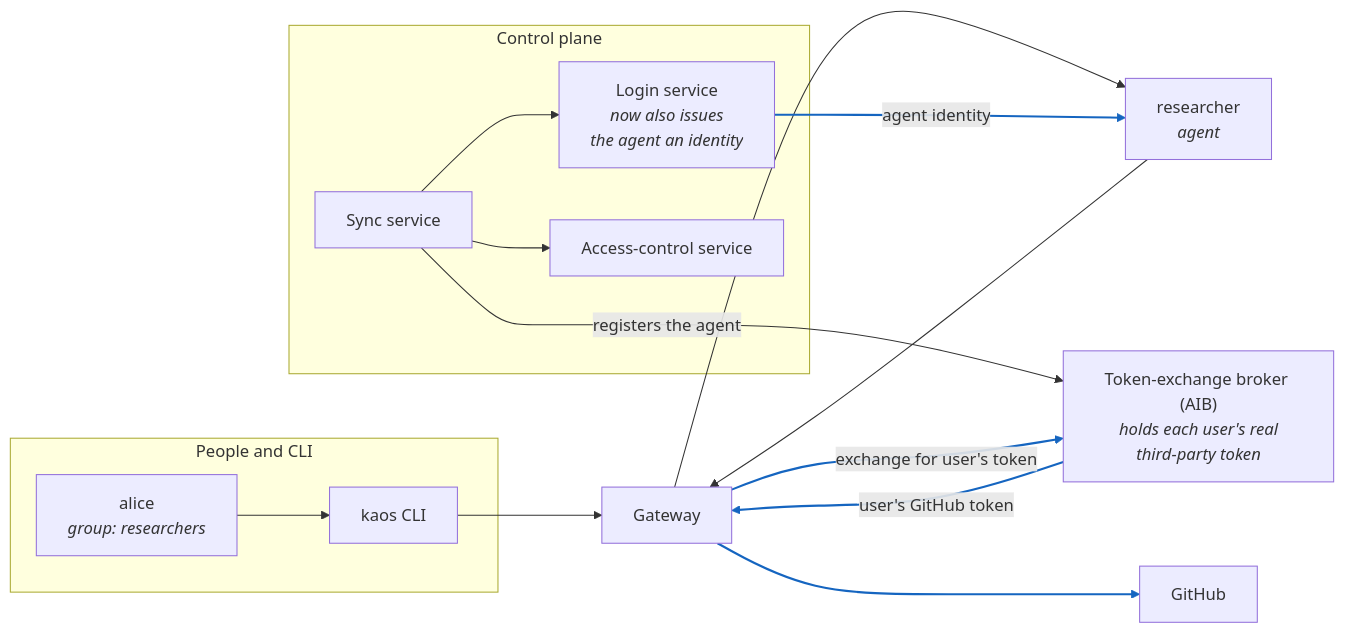
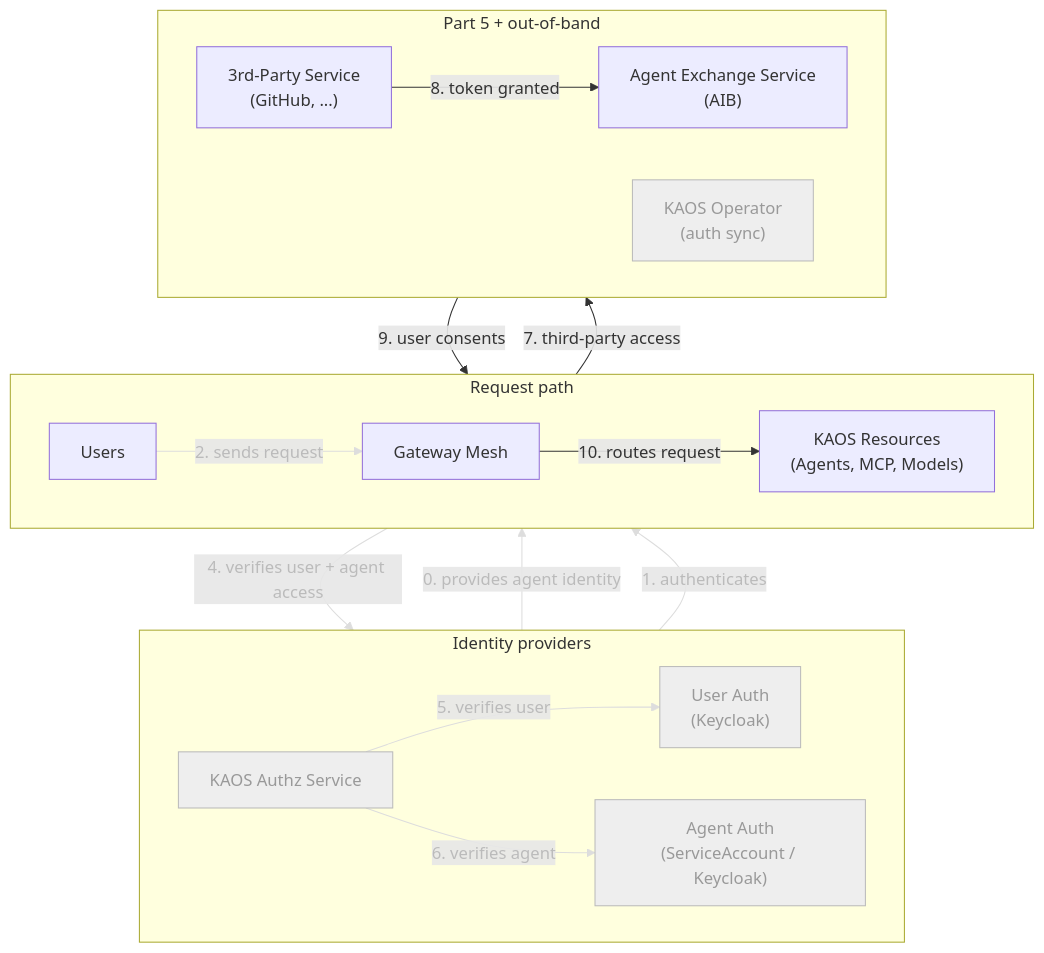
Diagram 12 of 13 in docs/examples/authorization-draft.md (axsaucedo/kaos), drawn with Mermaid before and after one commit. The commit also changed other lines of this file, not shown here.

Commit message:
docs: restructure authorization guide (control-plane diagrams, folded example, Part 5 reframe, naming)

````diff
--- a/docs/examples/authorization-draft.md
+++ b/docs/examples/authorization-draft.md
@@ -751,33 +955,41 @@
 ```mermaid
-flowchart LR
-  subgraph left["People and CLI"]
-    alice["alice<br/><i>group: researchers</i>"]
-    CLI["kaos CLI"]
+flowchart TB
+  subgraph idp["Identity providers"]
+    direction LR
+    UA["User Auth<br/>(Keycloak)"]
+    AZ["KAOS Authz Service"]
+    AA["Agent Auth<br/>(ServiceAccount / Keycloak)"]
   end
-  subgraph control["Control plane"]
-    LOGIN["Login service<br/><i>now also issues<br/>the agent an identity</i>"]
-    AC["Access-control service"]
-    SYNC["Sync service"]
+  subgraph req["Request path"]
+    direction LR
+    U["Users"]
+    GW["Gateway Mesh"]
+    RES["KAOS Resources<br/>(Agents, MCP, Models)"]
   end
-  GW["Gateway"]
-  RES["researcher<br/><i>agent</i>"]
-  BROKER["Token-exchange broker (AIB)<br/><i>holds each user's real<br/>third-party token</i>"]
-  GH["GitHub"]
+  subgraph oob["Part 5 + out-of-band"]
+    direction LR
+    TP["3rd-Party Service<br/>(GitHub, ...)"]
+    AIB["Agent Exchange Service<br/>(AIB)"]
+    OP["KAOS Operator<br/>(auth sync)"]
+  end
 
-  alice --> CLI
-  CLI --> GW
-  SYNC --> LOGIN
-  SYNC --> AC
-  SYNC -->|"registers the agent"| BROKER
-  GW --> RES
-  RES --> GW
-  LOGIN -->|"agent identity"| RES
-  GW -->|"exchange for user's token"| BROKER
-  BROKER -->|"user's GitHub token"| GW
-  GW --> GH
+  AA -->|"0. provides agent identity"| RES
+  UA -->|"1. authenticates"| U
+  U -->|"2. sends request"| GW
+  GW -->|"4. verifies user + agent access"| AZ
+  AZ -->|"5. verifies user"| UA
+  AZ -->|"6. verifies agent"| AA
+  GW -->|"7. third-party access"| AIB
+  TP -->|"8. token granted"| AIB
+  TP -->|"9. user consents"| U
+  GW -->|"10. routes request"| RES
 
-  linkStyle 7 stroke:#1565c0,stroke-width:2px;
-  linkStyle 8 stroke:#1565c0,stroke-width:2px;
-  linkStyle 9 stroke:#1565c0,stroke-width:2px;
-  linkStyle 10 stroke:#1565c0,stroke-width:2px;
+  classDef dim fill:#eeeeee,stroke:#bbbbbb,color:#999999
+  class UA,AZ,AA,OP dim
+  linkStyle 0 stroke:#dddddd,color:#bbbbbb
+  linkStyle 1 stroke:#dddddd,color:#bbbbbb
+  linkStyle 2 stroke:#dddddd,color:#bbbbbb
+  linkStyle 3 stroke:#dddddd,color:#bbbbbb
+  linkStyle 4 stroke:#dddddd,color:#bbbbbb
+  linkStyle 5 stroke:#dddddd,color:#bbbbbb
 ```
````
